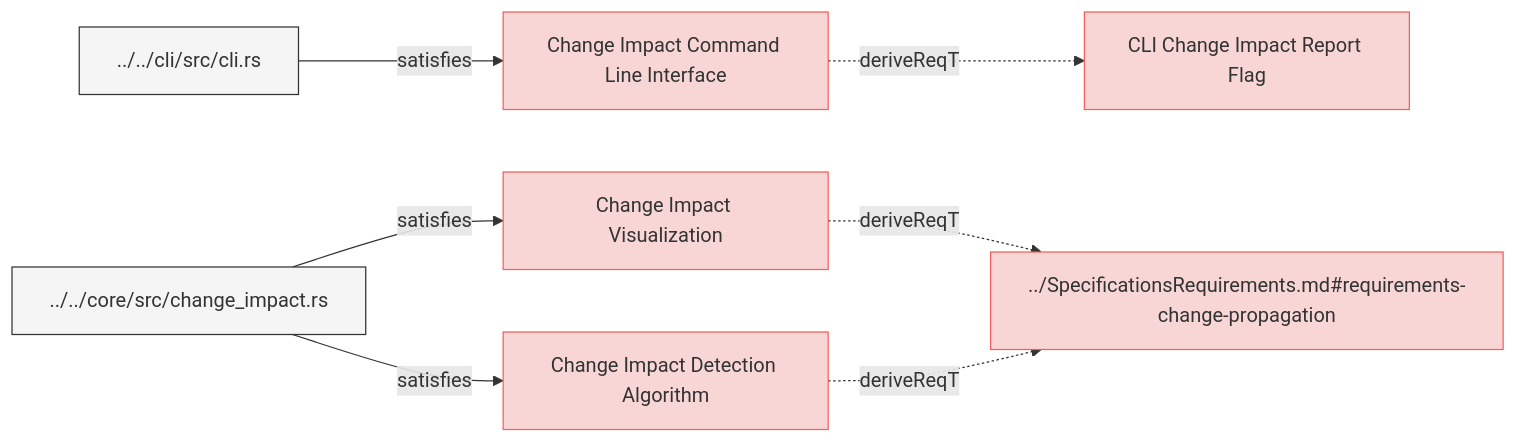
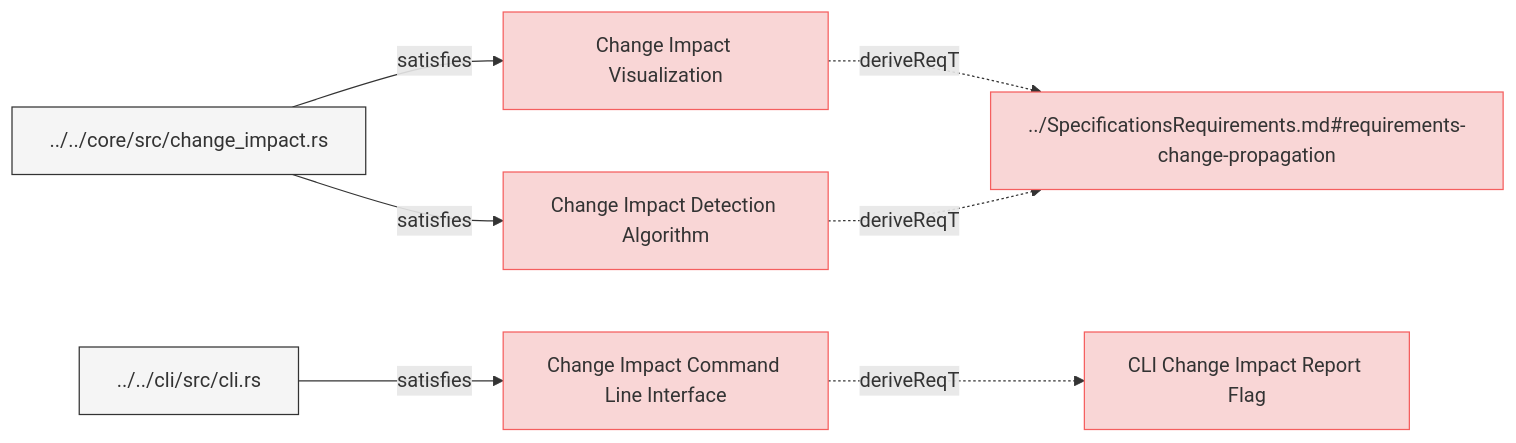
Before and after one commit to reqvire-org/reqvire: the diagram in specifications/SystemRequirements/ChangeImpactPropagation.md, drawn with Mermaid. The commit also changed other lines of this file and 160 other files, not shown here.

````diff
--- a/specifications/SystemRequirements/ChangeImpactPropagation.md
+++ b/specifications/SystemRequirements/ChangeImpactPropagation.md
@@ -6,36 +6,36 @@
 ```mermaid
 graph LR;
   %% Graph styling
   classDef requirement fill:#f9d6d6,stroke:#f55f5f,stroke-width:1px;
   classDef verification fill:#d6f9d6,stroke:#5fd75f,stroke-width:1px;
   classDef externalLink fill:#d0e0ff,stroke:#3080ff,stroke-width:1px;
   classDef default fill:#f5f5f5,stroke:#333333,stroke-width:1px;
 
-  75403d710ba5793e["Change Impact Command Line Interface"];
-  click 75403d710ba5793e "https://github.com/ilijaljubicic/ReqFlow/blob/73d5ae1d93adea71fdf4cc508be4d1ae09be068f/specifications/SystemRequirements/ChangeImpactPropagation.md#change-impact-command-line-interface";
-  class 75403d710ba5793e requirement;
-  98cbeaac067febd5["CLI Change Impact Report Flag"];
-  class 98cbeaac067febd5 requirement;
-  click 98cbeaac067febd5 "https://github.com/ilijaljubicic/ReqFlow/blob/73d5ae1d93adea71fdf4cc508be4d1ae09be068f/specifications/SystemRequirements/Requirements.md#cli-change-impact-report-flag";
-  75403d710ba5793e -.->|deriveReqT| 98cbeaac067febd5;
-  b2b6ff676ff5d2cc["../../cli/src/cli.rs"];
-  class b2b6ff676ff5d2cc default;
-  click b2b6ff676ff5d2cc "https://github.com/ilijaljubicic/ReqFlow/blob/73d5ae1d93adea71fdf4cc508be4d1ae09be068f/cli/src/cli.rs";
-  b2b6ff676ff5d2cc -->|satisfies| 75403d710ba5793e;
-  5520915d7ac5a52f["Change Impact Visualization"];
-  click 5520915d7ac5a52f "https://github.com/ilijaljubicic/ReqFlow/blob/73d5ae1d93adea71fdf4cc508be4d1ae09be068f/specifications/SystemRequirements/ChangeImpactPropagation.md#change-impact-visualization";
-  class 5520915d7ac5a52f requirement;
-  9330746134f07478["../SpecificationsRequirements.md#requirements-change-propagation"];
-  class 9330746134f07478 requirement;
-  click 9330746134f07478 "https://github.com/ilijaljubicic/ReqFlow/blob/73d5ae1d93adea71fdf4cc508be4d1ae09be068f/specifications/SpecificationsRequirements.md#requirements-change-propagation";
-  5520915d7ac5a52f -.->|deriveReqT| 9330746134f07478;
-  a2b02da80c17b86f["../../core/src/change_impact.rs"];
-  class a2b02da80c17b86f default;
-  click a2b02da80c17b86f "https://github.com/ilijaljubicic/ReqFlow/blob/73d5ae1d93adea71fdf4cc508be4d1ae09be068f/core/src/change_impact.rs";
-  a2b02da80c17b86f -->|satisfies| 5520915d7ac5a52f;
-  b6dcdc95b5e8f272["Change Impact Detection Algorithm"];
-  click b6dcdc95b5e8f272 "https://github.com/ilijaljubicic/ReqFlow/blob/73d5ae1d93adea71fdf4cc508be4d1ae09be068f/specifications/SystemRequirements/ChangeImpactPropagation.md#change-impact-detection-algorithm";
-  class b6dcdc95b5e8f272 requirement;
-  b6dcdc95b5e8f272 -.->|deriveReqT| 9330746134f07478;
-  a2b02da80c17b86f -->|satisfies| b6dcdc95b5e8f272;
+  9e9a08e1333fd31["Change Impact Visualization"];
+  click 9e9a08e1333fd31 "https://github.com/ilijaljubicic/Reqvire/blob/8a68ca1eab81bac7964085e47777a0a92447c6a5/specifications/SystemRequirements/ChangeImpactPropagation.md#change-impact-visualization";
+  class 9e9a08e1333fd31 requirement;
+  2d15970eff910dc2["../SpecificationsRequirements.md#requirements-change-propagation"];
+  class 2d15970eff910dc2 requirement;
+  click 2d15970eff910dc2 "https://github.com/ilijaljubicic/Reqvire/blob/8a68ca1eab81bac7964085e47777a0a92447c6a5/specifications/SpecificationsRequirements.md#requirements-change-propagation";
+  9e9a08e1333fd31 -.->|deriveReqT| 2d15970eff910dc2;
+  3a36b9f74d4d889b["../../core/src/change_impact.rs"];
+  class 3a36b9f74d4d889b default;
+  click 3a36b9f74d4d889b "https://github.com/ilijaljubicic/Reqvire/blob/8a68ca1eab81bac7964085e47777a0a92447c6a5/core/src/change_impact.rs";
+  3a36b9f74d4d889b -->|satisfies| 9e9a08e1333fd31;
+  7cc5e857c8078367["Change Impact Command Line Interface"];
+  click 7cc5e857c8078367 "https://github.com/ilijaljubicic/Reqvire/blob/8a68ca1eab81bac7964085e47777a0a92447c6a5/specifications/SystemRequirements/ChangeImpactPropagation.md#change-impact-command-line-interface";
+  class 7cc5e857c8078367 requirement;
+  9a465de9fd86cbf3["CLI Change Impact Report Flag"];
+  class 9a465de9fd86cbf3 requirement;
+  click 9a465de9fd86cbf3 "https://github.com/ilijaljubicic/Reqvire/blob/8a68ca1eab81bac7964085e47777a0a92447c6a5/specifications/SystemRequirements/Requirements.md#cli-change-impact-report-flag";
+  7cc5e857c8078367 -.->|deriveReqT| 9a465de9fd86cbf3;
+  5fe26772336463bc["../../cli/src/cli.rs"];
+  class 5fe26772336463bc default;
+  click 5fe26772336463bc "https://github.com/ilijaljubicic/Reqvire/blob/8a68ca1eab81bac7964085e47777a0a92447c6a5/cli/src/cli.rs";
+  5fe26772336463bc -->|satisfies| 7cc5e857c8078367;
+  9967e71248da3061["Change Impact Detection Algorithm"];
+  click 9967e71248da3061 "https://github.com/ilijaljubicic/Reqvire/blob/8a68ca1eab81bac7964085e47777a0a92447c6a5/specifications/SystemRequirements/ChangeImpactPropagation.md#change-impact-detection-algorithm";
+  class 9967e71248da3061 requirement;
+  9967e71248da3061 -.->|deriveReqT| 2d15970eff910dc2;
+  3a36b9f74d4d889b -->|satisfies| 9967e71248da3061;
 ```
````
